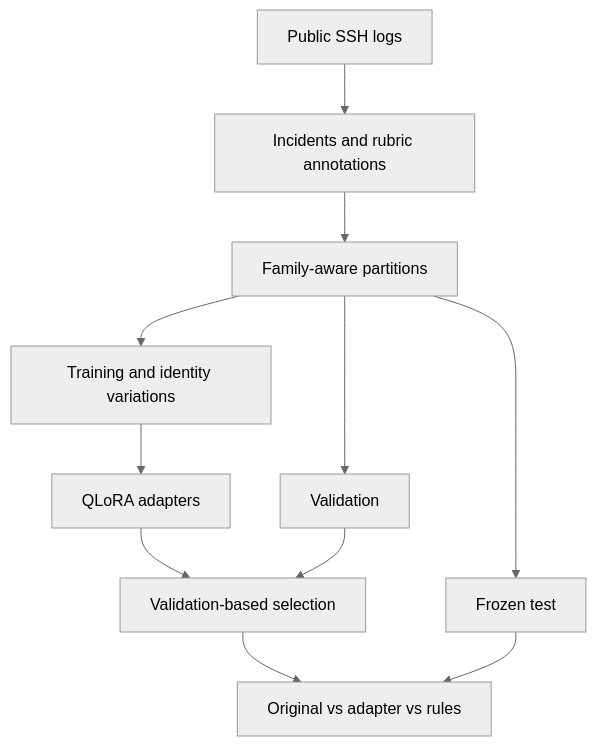
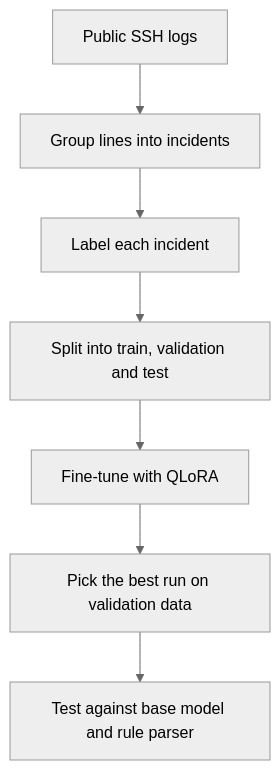
One commit to ruhaansahi/ssh-log-analysis-llm changed the diagram in README.md. Above: the diagram before and after it, drawn with Mermaid (neutral theme). The commit also changed other lines of this file and 5 other files, not shown here.

````diff
--- a/README.md
+++ b/README.md
@@ -65,13 +63,9 @@
 ```mermaid
 flowchart TD
-    A[Public SSH logs] --> B[Incidents and rubric annotations]
-    B --> C[Family-aware partitions]
-    C --> D[Training and identity variations]
-    C --> E[Validation]
-    C --> F[Frozen test]
-    D --> G[QLoRA adapters]
-    G --> H[Validation-based selection]
-    E --> H
-    H --> I[Original vs adapter vs rules]
-    F --> I
+    A[Public SSH logs] --> B[Group lines into incidents]
+    B --> C[Label each incident]
+    C --> D[Split into train, validation and test]
+    D --> E[Fine-tune with QLoRA]
+    E --> F[Pick the best run on validation data]
+    F --> G[Test against base model and rule parser]
 ```
````
